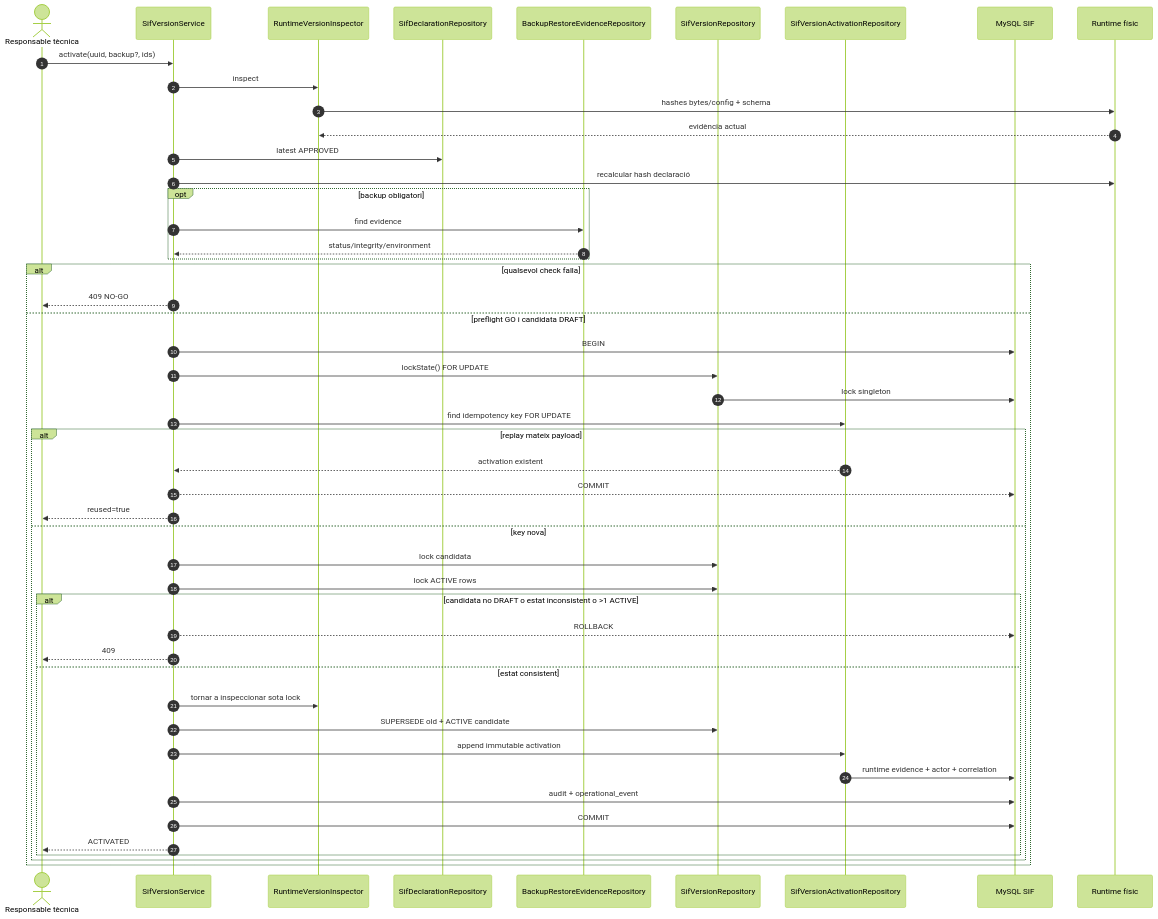
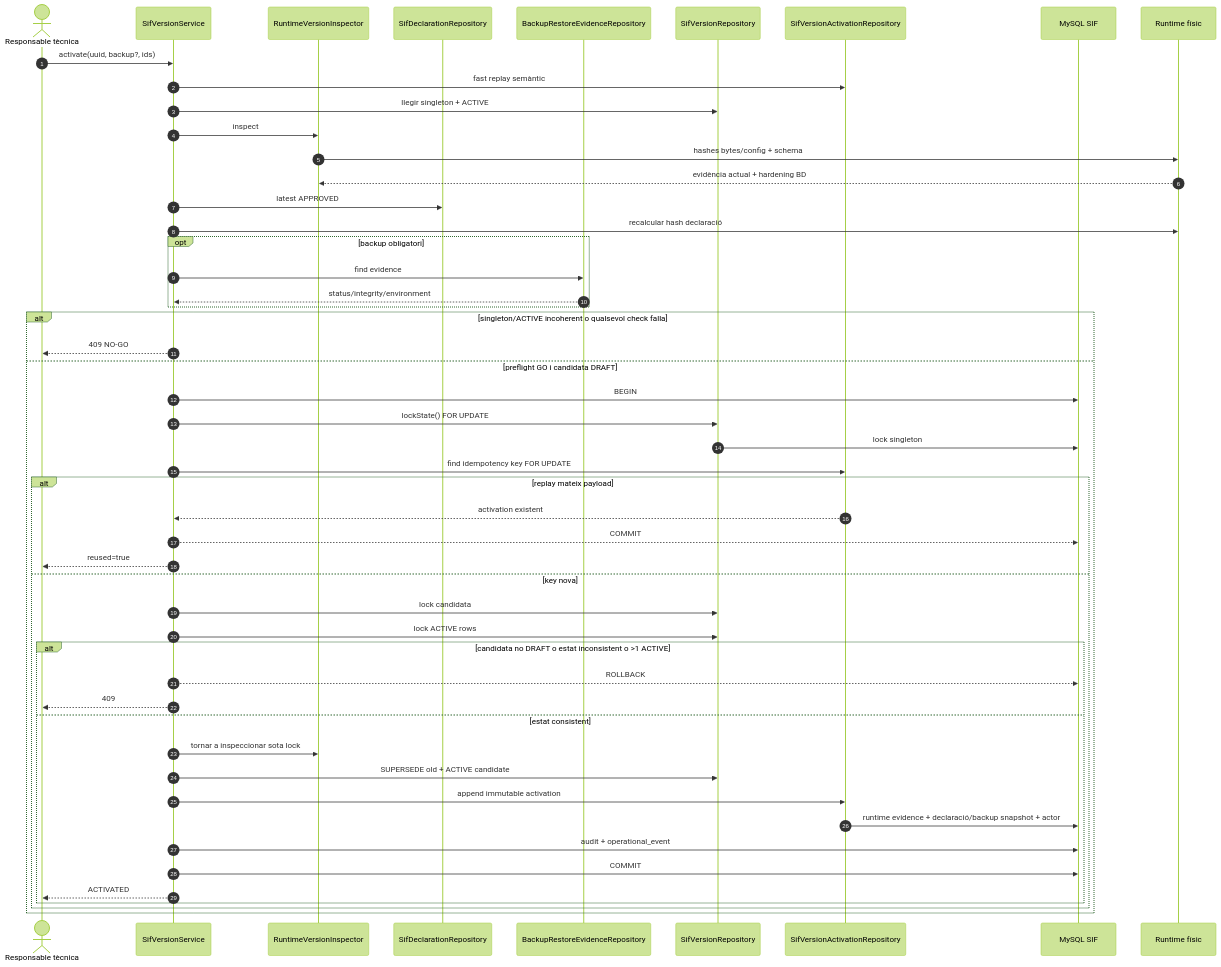
The fourth of 7 diagrams in documentacio/07-uml-integrat/uc-010-sequencies-actual-final.md (orgmeriemprismacat-del/verifactu), drawn with Mermaid (forest theme) before and after one commit. The commit also changed other lines of this file, not shown here.

Commit message:
docs(UC-010): seqüències FINAL alineades amb hardening complet

````diff
--- a/documentacio/07-uml-integrat/uc-010-sequencies-actual-final.md
+++ b/documentacio/07-uml-integrat/uc-010-sequencies-actual-final.md
@@ -105,52 +115,54 @@
 ```mermaid
 sequenceDiagram
 autonumber
 actor U as Responsable tècnica
 participant S as SifVersionService
 participant I as RuntimeVersionInspector
 participant DR as SifDeclarationRepository
 participant BR as BackupRestoreEvidenceRepository
 participant VR as SifVersionRepository
 participant AR as SifVersionActivationRepository
 participant DB as MySQL SIF
 participant Env as Runtime físic
 
 U->>S: activate(uuid, backup?, ids)
+S->>AR: fast replay semàntic
+S->>VR: llegir singleton + ACTIVE
 S->>I: inspect
 I->>Env: hashes bytes/config + schema
-Env-->>I: evidència actual
+Env-->>I: evidència actual + hardening BD
 S->>DR: latest APPROVED
 S->>Env: recalcular hash declaració
 opt backup obligatori
   S->>BR: find evidence
   BR-->>S: status/integrity/environment
 end
-alt qualsevol check falla
+alt singleton/ACTIVE incoherent o qualsevol check falla
   S-->>U: 409 NO-GO
 else preflight GO i candidata DRAFT
   S->>DB: BEGIN
   S->>VR: lockState() FOR UPDATE
   VR->>DB: lock singleton
   S->>AR: find idempotency key FOR UPDATE
   alt replay mateix payload
     AR-->>S: activation existent
     S-->>DB: COMMIT
     S-->>U: reused=true
   else key nova
     S->>VR: lock candidata
     S->>VR: lock ACTIVE rows
     alt candidata no DRAFT o estat inconsistent o >1 ACTIVE
       S-->>DB: ROLLBACK
       S-->>U: 409
     else estat consistent
       S->>I: tornar a inspeccionar sota lock
       S->>VR: SUPERSEDE old + ACTIVE candidate
       S->>AR: append immutable activation
-      AR->>DB: runtime evidence + actor + correlation
+      AR->>DB: runtime evidence + declaració/backup snapshot + actor
       S->>DB: audit + operational_event
       S->>DB: COMMIT
       S-->>U: ACTIVATED
     end
   end
 end
 ```
````
